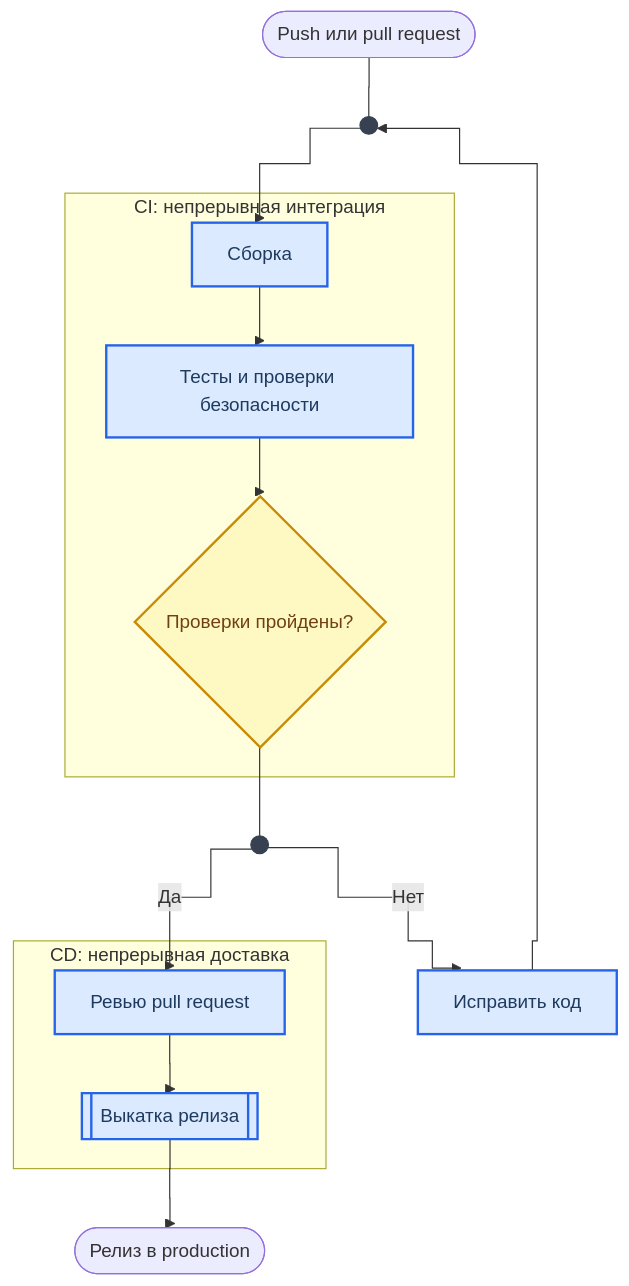
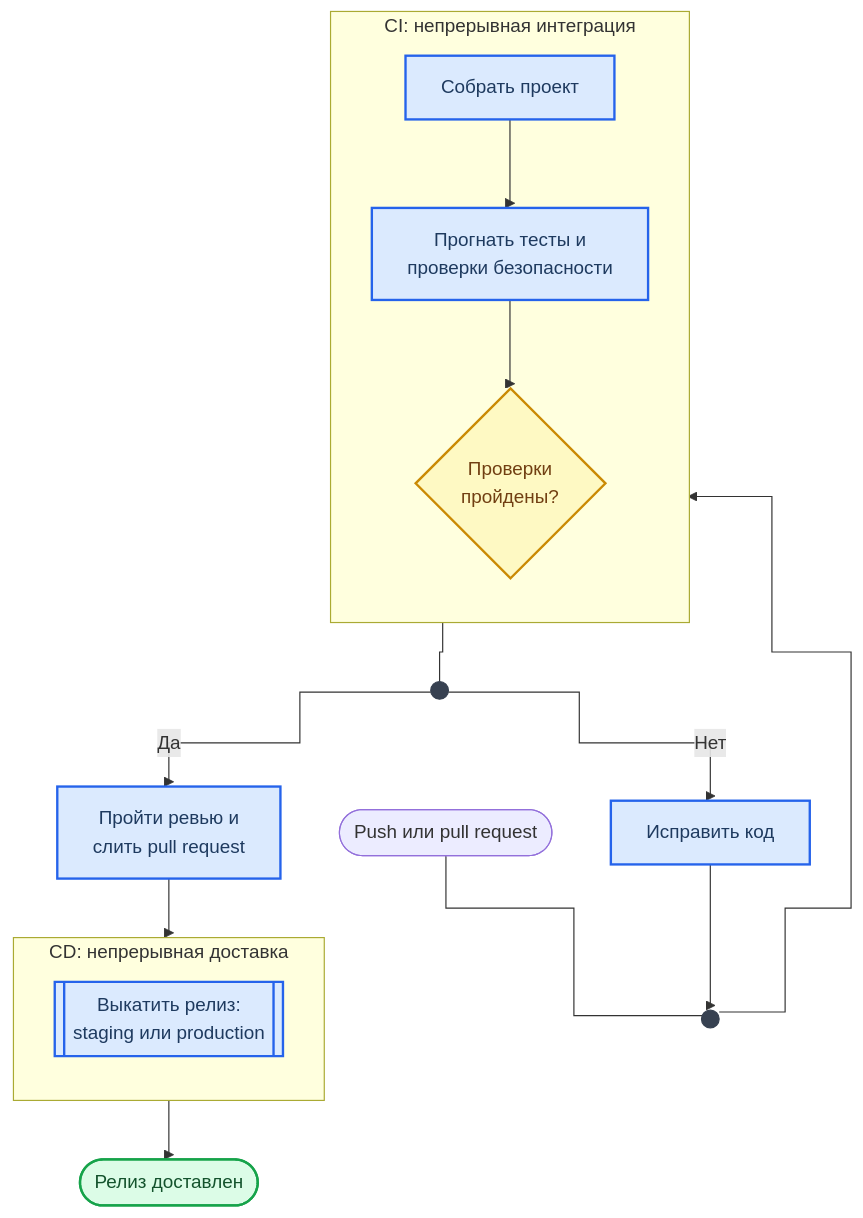
The first of 2 diagrams in labs/intro/cicd_basics.md (geminishkv/course_labs), drawn with Mermaid before and after one commit. The commit also changed other lines of this file and 3 other files, not shown here.

First line of the commit message:
docs(diagrams): rework lab diagrams for readability and GOST notation

````diff
--- a/labs/intro/cicd_basics.md
+++ b/labs/intro/cicd_basics.md
@@ -24,43 +24,48 @@
 ```mermaid
 %%{init: {"flowchart": {"curve": "step"}}}%%
 flowchart TB
     accTitle: Конвейер CI/CD от push до релиза
-    accDescr: Push или pull request запускает CI со сборкой и проверками; при провале код возвращается на исправление, при успехе изменения проходят ревью и выкатываются в CD.
+    accDescr: Push или pull request запускает CI со сборкой и проверками; при провале код возвращается на исправление, при успехе pull request проходит ревью и сливается, после чего CD выкатывает релиз.
 
     push_code([Push или pull request])
     push_join((" "))
 
     subgraph ci_stage ["CI: непрерывная интеграция"]
-        build_app[Сборка]
-        run_checks[Тесты и проверки безопасности]
-        checks_passed{Проверки пройдены?}
+        direction TB
+        build_app[Собрать проект]
+        run_checks["Прогнать тесты и<br/>проверки безопасности"]
+        checks_passed{"Проверки<br/>пройдены?"}
+        build_app --> run_checks
+        run_checks --> checks_passed
     end
 
     checks_fork((" "))
     fix_code[Исправить код]
+    merge_pr["Пройти ревью и<br/>слить pull request"]
 
     subgraph cd_stage ["CD: непрерывная доставка"]
-        review_pr[Ревью pull request]
-        deploy_release[[Выкатка релиза]]
+        direction TB
+        deploy_release[["Выкатить релиз:<br/>staging или production"]]
     end
 
-    release_done([Релиз в production])
+    release_done([Релиз доставлен])
 
     push_code --- push_join
+    push_join --> ci_stage
+    checks_passed --- checks_fork
+    checks_fork -->|Да| merge_pr
+    checks_fork -->|Нет| fix_code
     fix_code --> push_join
-    push_join --> build_app
-    build_app --> run_checks
-    run_checks --> checks_passed
-    checks_passed --- checks_fork
-    checks_fork -->|Нет| fix_code
-    checks_fork -->|Да| review_pr
-    review_pr --> deploy_release
-    deploy_release --> release_done
+    merge_pr --> cd_stage
+    cd_stage --> release_done
 
+    classDef junction fill:#374151,stroke:#374151,stroke-width:1px,color:#374151,font-size:1px
     classDef stage fill:#dbeafe,stroke:#2563eb,stroke-width:2px,color:#1e3a5f
-    classDef decision fill:#fef9c3,stroke:#ca8a04,stroke-width:2px,color:#713f12
-    classDef junction fill:#374151,stroke:#374151,stroke-width:1px,color:#374151,font-size:1px
-    class build_app,run_checks,review_pr,deploy_release,fix_code stage
-    class checks_passed decision
+    classDef gate fill:#fef9c3,stroke:#ca8a04,stroke-width:2px,color:#713f12
+    classDef done fill:#dcfce7,stroke:#16a34a,stroke-width:2px,color:#14532d
+
     class push_join,checks_fork junction
+    class build_app,run_checks,fix_code,merge_pr,deploy_release stage
+    class checks_passed gate
+    class release_done done
 ```
````
